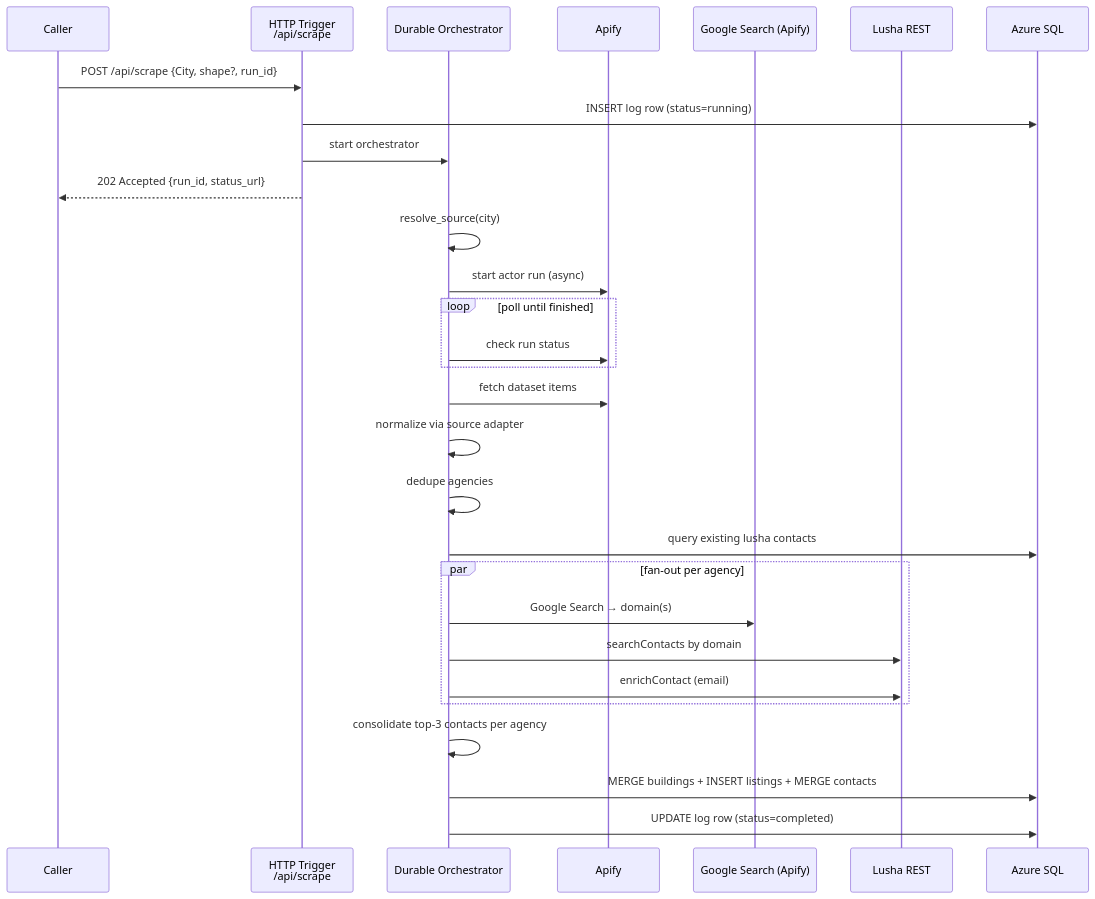
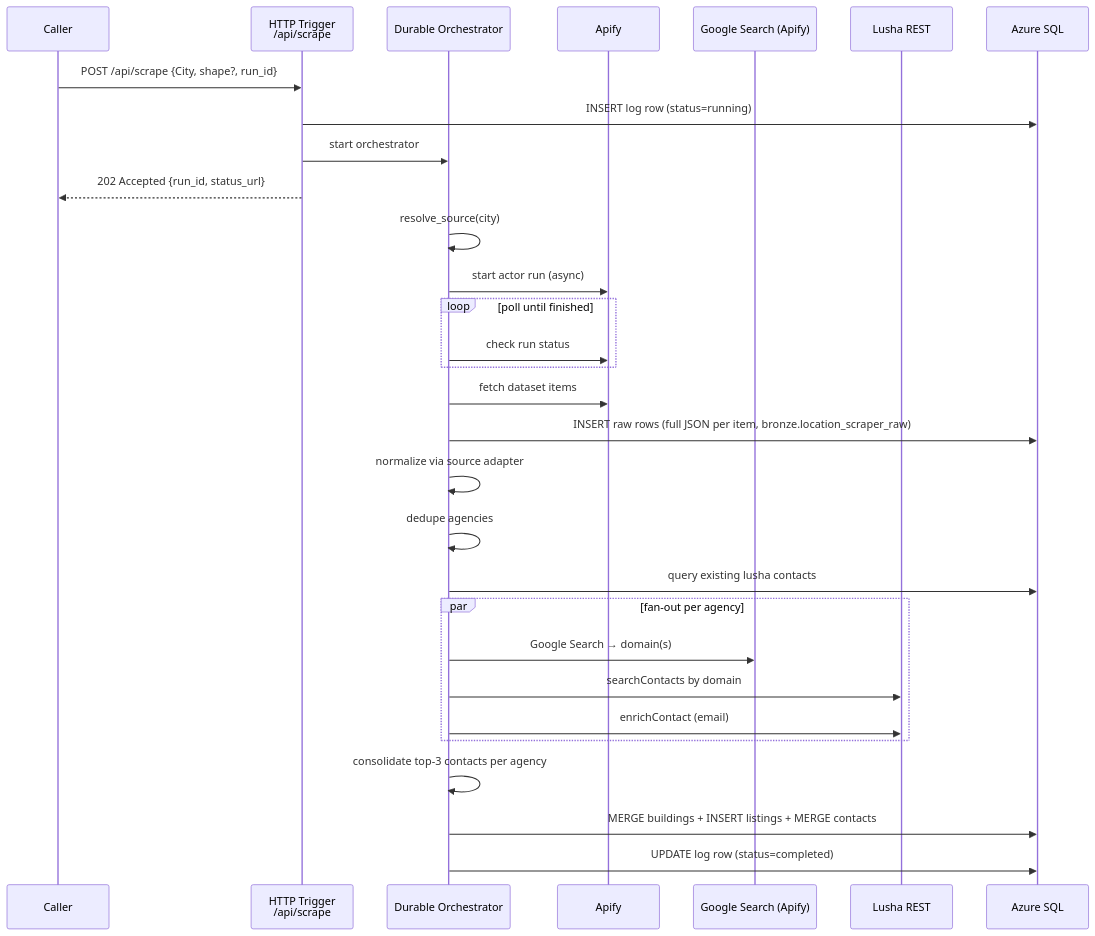
Before and after one commit to Infinitspace1/Infinitspace-datawarehouse: the diagram in docs/location_scraper.md, drawn with Mermaid. The commit also changed other lines of this file and 8 other files, not shown here.

Commit message:
feat: implement raw payload persistence and run quality metrics for location scraper

````diff
--- a/docs/location_scraper.md
+++ b/docs/location_scraper.md
@@ -11,33 +11,34 @@
 ```mermaid
 sequenceDiagram
     participant C as Caller
     participant H as HTTP Trigger<br/>/api/scrape
     participant O as Durable Orchestrator
     participant A as Apify
     participant G as Google Search (Apify)
     participant L as Lusha REST
     participant S as Azure SQL
 
     C->>H: POST /api/scrape {City, shape?, run_id}
     H->>S: INSERT log row (status=running)
     H->>O: start orchestrator
     H-->>C: 202 Accepted {run_id, status_url}
 
     O->>O: resolve_source(city)
     O->>A: start actor run (async)
     loop poll until finished
         O->>A: check run status
     end
     O->>A: fetch dataset items
+    O->>S: INSERT raw rows (full JSON per item, bronze.location_scraper_raw)
     O->>O: normalize via source adapter
     O->>O: dedupe agencies
     O->>S: query existing lusha contacts
     par fan-out per agency
         O->>G: Google Search → domain(s)
         O->>L: searchContacts by domain
         O->>L: enrichContact (email)
     end
     O->>O: consolidate top-3 contacts per agency
     O->>S: MERGE buildings + INSERT listings + MERGE contacts
     O->>S: UPDATE log row (status=completed)
 ```
````
